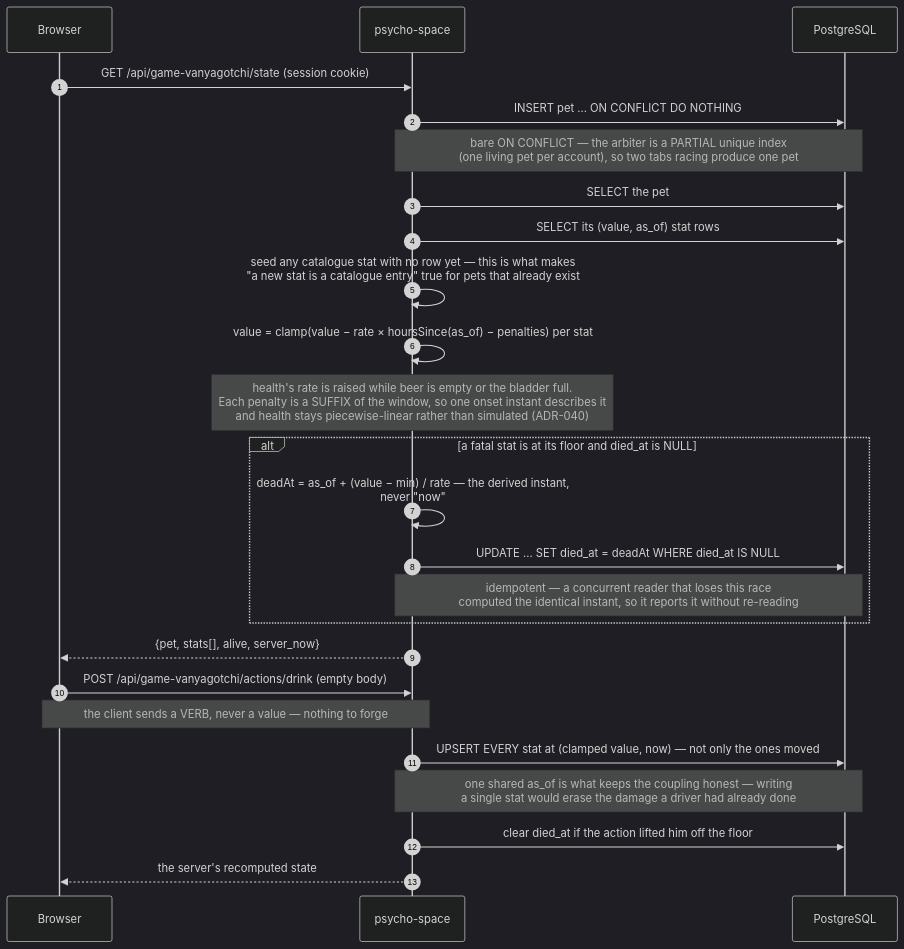
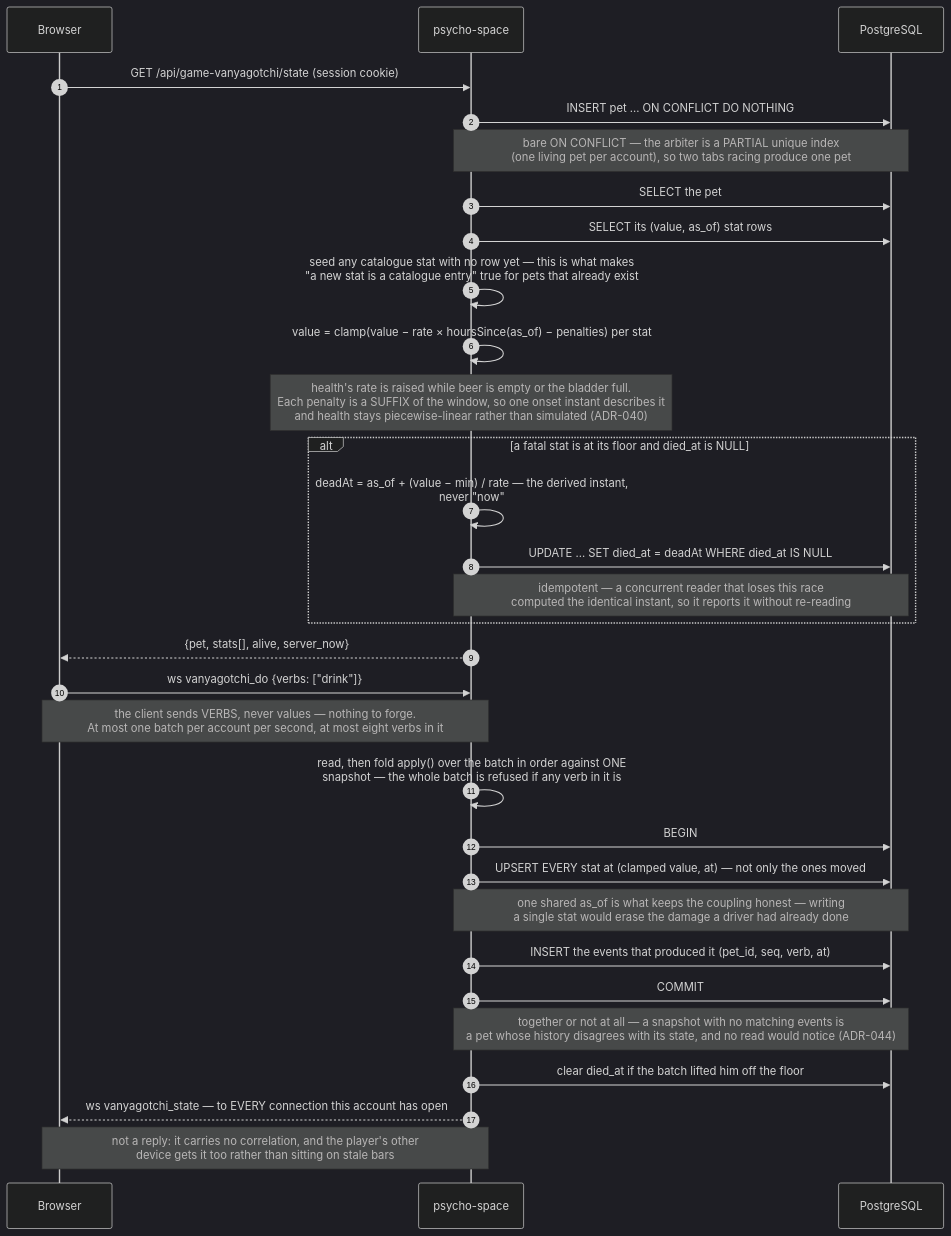
The fifth of 11 diagrams in docs/ARCHITECTURE.md (SergeyZSpb/psycho-space), drawn with Mermaid (dark theme) before and after one commit. The commit also changed other lines of this file and 16 other files, not shown here.

````diff
--- a/docs/ARCHITECTURE.md
+++ b/docs/ARCHITECTURE.md
@@ -143,28 +143,35 @@
 ```mermaid
 sequenceDiagram
     autonumber
     participant B as Browser
     participant A as psycho-space
     participant P as PostgreSQL
 
     B->>A: GET /api/game-vanyagotchi/state (session cookie)
     A->>P: INSERT pet ... ON CONFLICT DO NOTHING
     Note over A,P: bare ON CONFLICT — the arbiter is a PARTIAL unique index<br/>(one living pet per account), so two tabs racing produce one pet
     A->>P: SELECT the pet
     A->>P: SELECT its (value, as_of) stat rows
     A->>A: seed any catalogue stat with no row yet — this is what makes<br/>"a new stat is a catalogue entry" true for pets that already exist
     A->>A: value = clamp(value − rate × hoursSince(as_of) − penalties) per stat
     Note over A: health's rate is raised while beer is empty or the bladder full.<br/>Each penalty is a SUFFIX of the window, so one onset instant describes it<br/>and health stays piecewise-linear rather than simulated (ADR-040)
     alt a fatal stat is at its floor and died_at is NULL
         A->>A: deadAt = as_of + (value − min) / rate — the derived instant,<br/>never "now"
         A->>P: UPDATE ... SET died_at = deadAt WHERE died_at IS NULL
         Note over A,P: idempotent — a concurrent reader that loses this race<br/>computed the identical instant, so it reports it without re-reading
     end
     A-->>B: {pet, stats[], alive, server_now}
-    B->>A: POST /api/game-vanyagotchi/actions/drink (empty body)
-    Note over B,A: the client sends a VERB, never a value — nothing to forge
-    A->>P: UPSERT EVERY stat at (clamped value, now) — not only the ones moved
+
+    B->>A: ws vanyagotchi_do {verbs: ["drink"]}
+    Note over B,A: the client sends VERBS, never values — nothing to forge.<br/>At most one batch per account per second, at most eight verbs in it
+    A->>A: read, then fold apply() over the batch in order against ONE<br/>snapshot — the whole batch is refused if any verb in it is
+    A->>P: BEGIN
+    A->>P: UPSERT EVERY stat at (clamped value, at) — not only the ones moved
     Note over A,P: one shared as_of is what keeps the coupling honest — writing<br/>a single stat would erase the damage a driver had already done
-    A->>P: clear died_at if the action lifted him off the floor
-    A-->>B: the server's recomputed state
+    A->>P: INSERT the events that produced it (pet_id, seq, verb, at)
+    A->>P: COMMIT
+    Note over A,P: together or not at all — a snapshot with no matching events is<br/>a pet whose history disagrees with its state, and no read would notice (ADR-044)
+    A->>P: clear died_at if the batch lifted him off the floor
+    A-->>B: ws vanyagotchi_state — to EVERY connection this account has open
+    Note over A,B: not a reply: it carries no correlation, and the player's other<br/>device gets it too rather than sitting on stale bars
 ```
````
